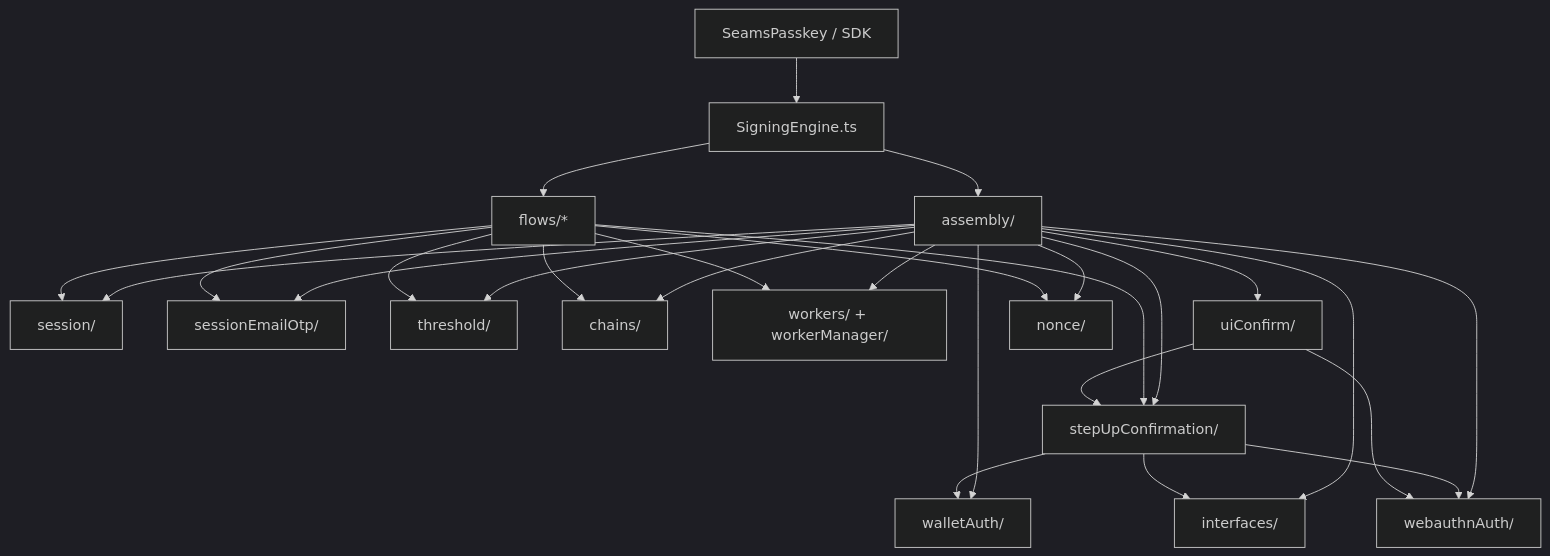
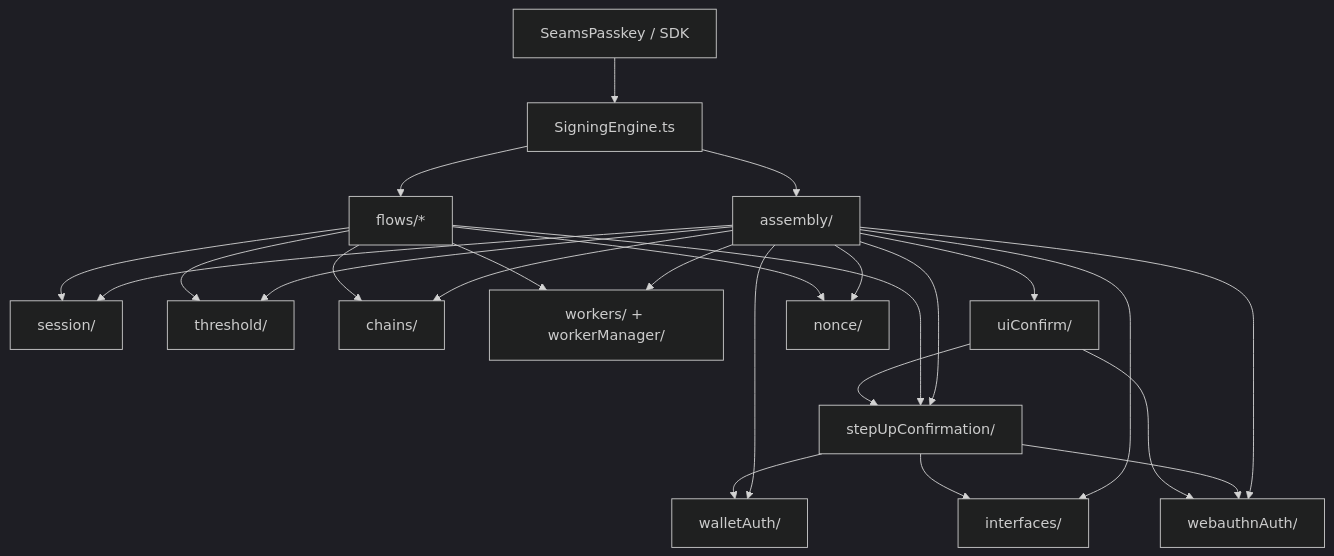
The first of 4 diagrams in client/src/core/signingEngine/README.md (seams-tech/seams-sdk), drawn with Mermaid (dark theme) before and after one commit. The commit also changed other lines of this file and 198 other files, not shown here.

Commit message:
Refactor signing session recovery and step-up flows

````diff
--- a/client/src/core/signingEngine/README.md
+++ b/client/src/core/signingEngine/README.md
@@ -60,29 +60,27 @@
 ```mermaid
 flowchart TD
   SP["SeamsPasskey / SDK"] --> SE["SigningEngine.ts"]
   SE --> INIT["assembly/"]
   SE --> OPS["flows/*"]
   INIT --> SESSION["session/"]
-  INIT --> EMAILOTP["sessionEmailOtp/"]
   INIT --> CONF["stepUpConfirmation/"]
   INIT --> THRESHOLD["threshold/"]
   INIT --> CHAINS["chains/"]
   INIT --> WORKERS["workers/ + workerManager/"]
   INIT --> AUTH["walletAuth/"]
   INIT --> UI["uiConfirm/"]
   INIT --> NONCE["nonce/"]
   INIT --> IFACE["interfaces/"]
   INIT --> WEBAUTHN["webauthnAuth/"]
   OPS --> SESSION
-  OPS --> EMAILOTP
   OPS --> CONF
   OPS --> THRESHOLD
   OPS --> CHAINS
   OPS --> WORKERS
   OPS --> NONCE
   CONF --> AUTH
   CONF --> WEBAUTHN
   CONF --> IFACE
   UI --> CONF
   UI --> WEBAUTHN
 ```
````
